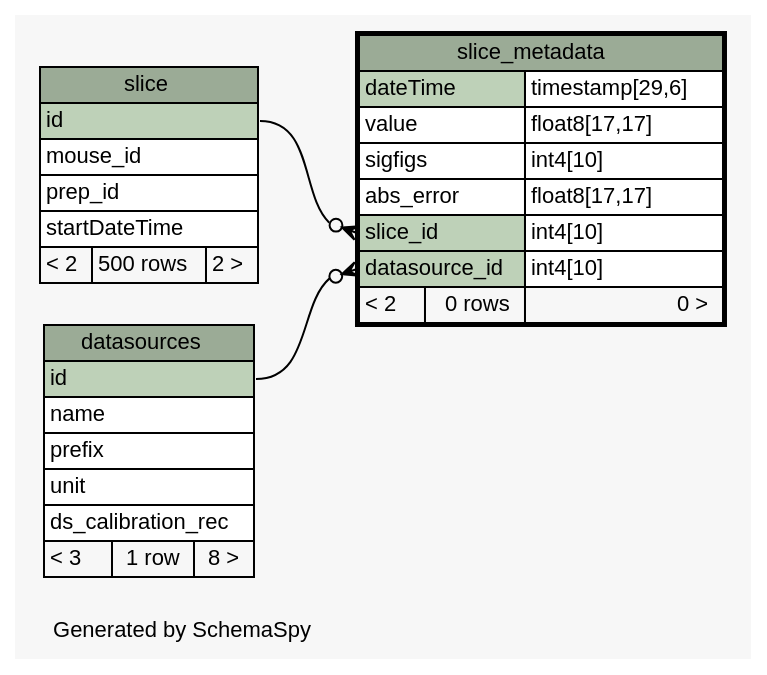
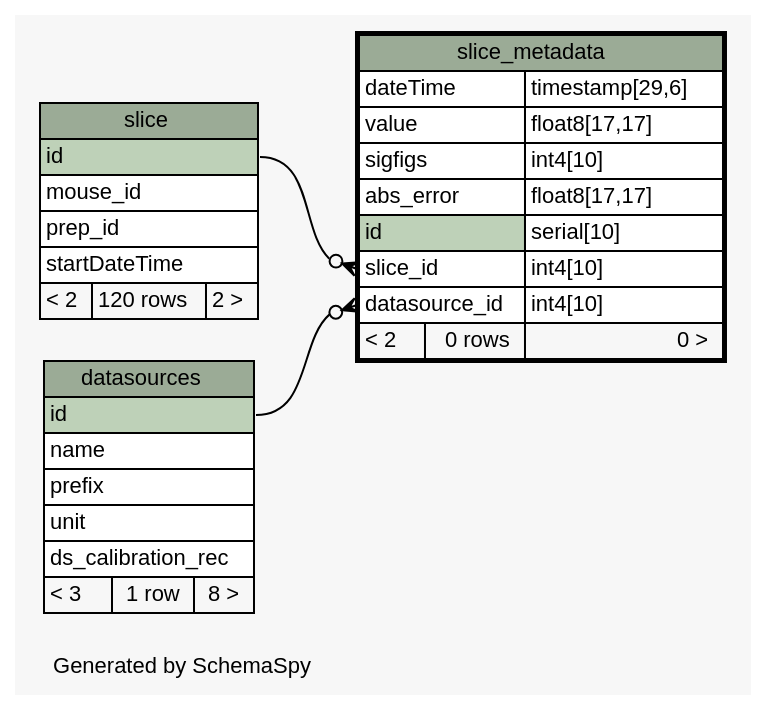
One commit to tgbugs/mlab changed the diagram in database/ss/diagrams/slice_metadata.1degree.dot. Above: the diagram before and after it, drawn with Graphviz. The commit also changed 216 other files, not shown here.

```diff
--- a/database/ss/diagrams/slice_metadata.1degree.dot
+++ b/database/ss/diagrams/slice_metadata.1degree.dot
@@ -1,66 +1,67 @@
 // dot 2.32.0 on Windows 7 6.1
 // SchemaSpy rev 590
 digraph "oneDegreeRelationshipsDiagram" {
   graph [
     rankdir="RL"
     bgcolor="#f7f7f7"
     label="\nGenerated by SchemaSpy"
     labeljust="l"
     nodesep="0.18"
     ranksep="0.46"
     fontname="Helvetica"
     fontsize="11"
   ];
   node [
     fontname="Helvetica"
     fontsize="11"
     shape="plaintext"
   ];
   edge [
     arrowsize="0.8"
   ];
   "slice_metadata":"datasource_id":w -> "datasources":"id":e [arrowhead=none dir=back arrowtail=crowodot];
   "slice_metadata":"slice_id":w -> "slice":"id":e [arrowhead=none dir=back arrowtail=crowodot];
   "datasources" [
     label=<
     <TABLE BORDER="0" CELLBORDER="1" CELLSPACING="0" BGCOLOR="#ffffff">
       <TR><TD COLSPAN="3" BGCOLOR="#9bab96" ALIGN="CENTER">datasources</TD></TR>
       <TR><TD PORT="id" COLSPAN="3" BGCOLOR="#bed1b8" ALIGN="LEFT">id</TD></TR>
       <TR><TD PORT="name" COLSPAN="3" ALIGN="LEFT">name</TD></TR>
       <TR><TD PORT="prefix" COLSPAN="3" ALIGN="LEFT">prefix</TD></TR>
       <TR><TD PORT="unit" COLSPAN="3" ALIGN="LEFT">unit</TD></TR>
       <TR><TD PORT="ds_calibration_rec" COLSPAN="3" ALIGN="LEFT">ds_calibration_rec</TD></TR>
       <TR><TD ALIGN="LEFT" BGCOLOR="#f7f7f7">&lt; 3</TD><TD ALIGN="RIGHT" BGCOLOR="#f7f7f7">1 row</TD><TD ALIGN="RIGHT" BGCOLOR="#f7f7f7">8 &gt;</TD></TR>
     </TABLE>>
     URL="datasources.html"
     tooltip="datasources"
   ];
   "slice" [
     label=<
     <TABLE BORDER="0" CELLBORDER="1" CELLSPACING="0" BGCOLOR="#ffffff">
       <TR><TD COLSPAN="3" BGCOLOR="#9bab96" ALIGN="CENTER">slice</TD></TR>
       <TR><TD PORT="id" COLSPAN="3" BGCOLOR="#bed1b8" ALIGN="LEFT">id</TD></TR>
       <TR><TD PORT="mouse_id" COLSPAN="3" ALIGN="LEFT">mouse_id</TD></TR>
       <TR><TD PORT="prep_id" COLSPAN="3" ALIGN="LEFT">prep_id</TD></TR>
       <TR><TD PORT="startDateTime" COLSPAN="3" ALIGN="LEFT">startDateTime</TD></TR>
-      <TR><TD ALIGN="LEFT" BGCOLOR="#f7f7f7">&lt; 2</TD><TD ALIGN="RIGHT" BGCOLOR="#f7f7f7">500 rows</TD><TD ALIGN="RIGHT" BGCOLOR="#f7f7f7">2 &gt;</TD></TR>
+      <TR><TD ALIGN="LEFT" BGCOLOR="#f7f7f7">&lt; 2</TD><TD ALIGN="RIGHT" BGCOLOR="#f7f7f7">120 rows</TD><TD ALIGN="RIGHT" BGCOLOR="#f7f7f7">2 &gt;</TD></TR>
     </TABLE>>
     URL="slice.html"
     tooltip="slice"
   ];
   "slice_metadata" [
     label=<
     <TABLE BORDER="2" CELLBORDER="1" CELLSPACING="0" BGCOLOR="#ffffff">
       <TR><TD COLSPAN="3" BGCOLOR="#9bab96" ALIGN="CENTER">slice_metadata</TD></TR>
-      <TR><TD PORT="dateTime" COLSPAN="2" BGCOLOR="#bed1b8" ALIGN="LEFT">dateTime</TD><TD PORT="dateTime.type" ALIGN="LEFT">timestamp[29,6]</TD></TR>
+      <TR><TD PORT="dateTime" COLSPAN="2" ALIGN="LEFT">dateTime</TD><TD PORT="dateTime.type" ALIGN="LEFT">timestamp[29,6]</TD></TR>
       <TR><TD PORT="value" COLSPAN="2" ALIGN="LEFT">value</TD><TD PORT="value.type" ALIGN="LEFT">float8[17,17]</TD></TR>
       <TR><TD PORT="sigfigs" COLSPAN="2" ALIGN="LEFT">sigfigs</TD><TD PORT="sigfigs.type" ALIGN="LEFT">int4[10]</TD></TR>
       <TR><TD PORT="abs_error" COLSPAN="2" ALIGN="LEFT">abs_error</TD><TD PORT="abs_error.type" ALIGN="LEFT">float8[17,17]</TD></TR>
-      <TR><TD PORT="slice_id" COLSPAN="2" BGCOLOR="#bed1b8" ALIGN="LEFT">slice_id</TD><TD PORT="slice_id.type" ALIGN="LEFT">int4[10]</TD></TR>
-      <TR><TD PORT="datasource_id" COLSPAN="2" BGCOLOR="#bed1b8" ALIGN="LEFT">datasource_id</TD><TD PORT="datasource_id.type" ALIGN="LEFT">int4[10]</TD></TR>
+      <TR><TD PORT="id" COLSPAN="2" BGCOLOR="#bed1b8" ALIGN="LEFT">id</TD><TD PORT="id.type" ALIGN="LEFT">serial[10]</TD></TR>
+      <TR><TD PORT="slice_id" COLSPAN="2" ALIGN="LEFT">slice_id</TD><TD PORT="slice_id.type" ALIGN="LEFT">int4[10]</TD></TR>
+      <TR><TD PORT="datasource_id" COLSPAN="2" ALIGN="LEFT">datasource_id</TD><TD PORT="datasource_id.type" ALIGN="LEFT">int4[10]</TD></TR>
       <TR><TD ALIGN="LEFT" BGCOLOR="#f7f7f7">&lt; 2</TD><TD ALIGN="RIGHT" BGCOLOR="#f7f7f7">0 rows</TD><TD ALIGN="RIGHT" BGCOLOR="#f7f7f7">0 &gt;</TD></TR>
     </TABLE>>
     URL="slice_metadata.html"
     tooltip="slice_metadata"
   ];
 }
```
